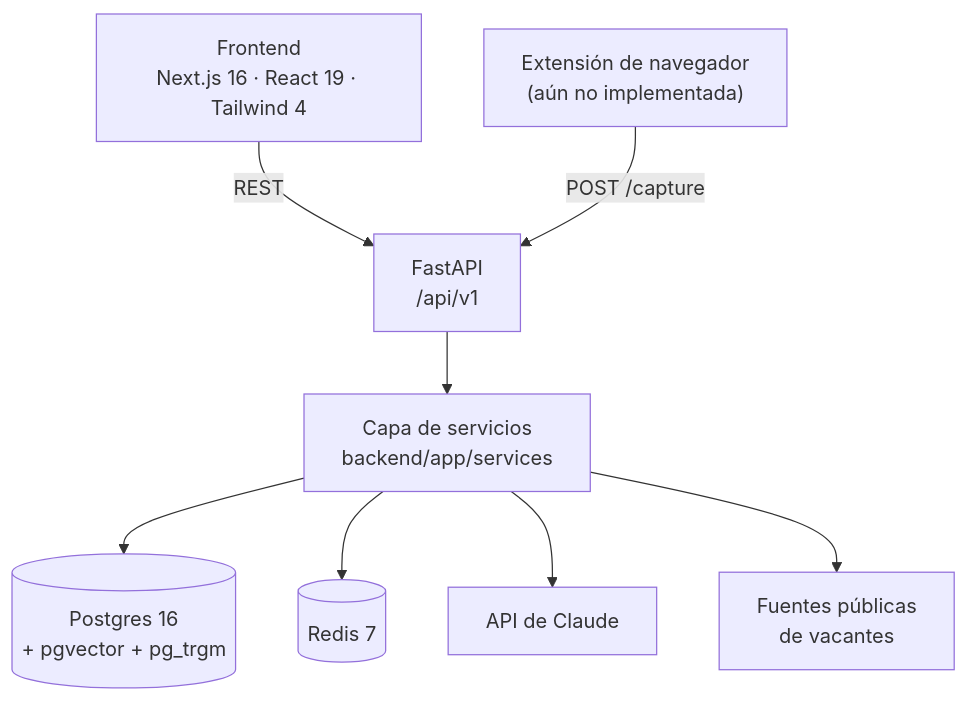
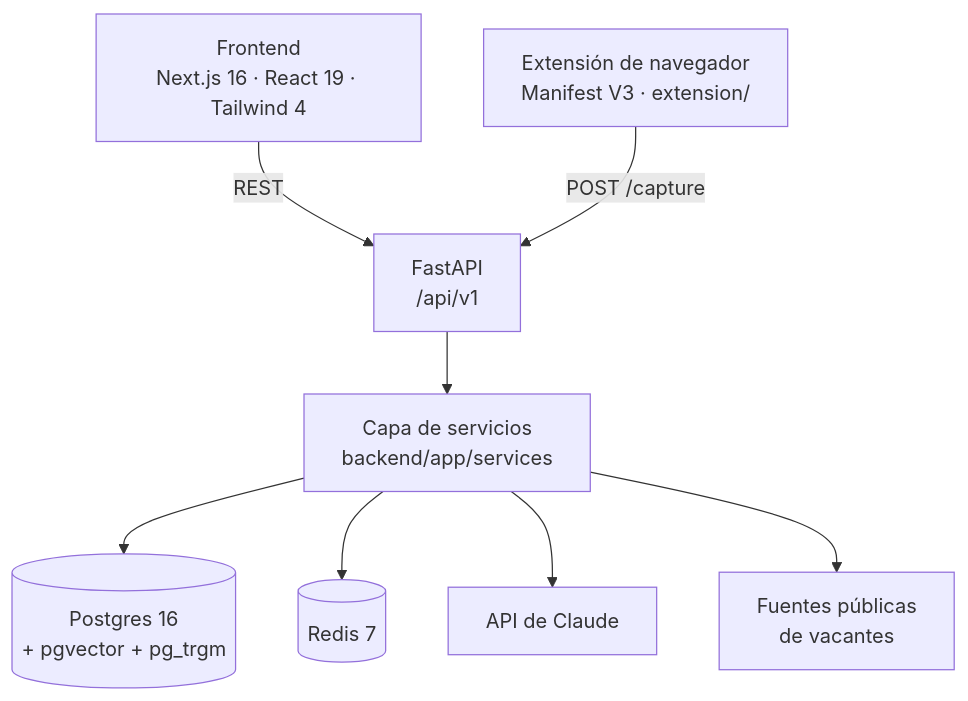
The first of 3 diagrams in docs/arquitectura.md (HaroldVaHe/career-copilot), drawn with Mermaid before and after one commit. The commit also changed other lines of this file and 29 other files, not shown here.

First line of the commit message:
Frontend completo, extensión de navegador y primeros tests

````diff
--- a/docs/arquitectura.md
+++ b/docs/arquitectura.md
@@ -7,19 +7,19 @@
 ```mermaid
 graph TD
     FE["Frontend<br/>Next.js 16 · React 19 · Tailwind 4"]
-    EXT["Extensión de navegador<br/>(aún no implementada)"]
+    EXT["Extensión de navegador<br/>Manifest V3 · extension/"]
     API["FastAPI<br/>/api/v1"]
     SVC["Capa de servicios<br/>backend/app/services"]
     PG[("Postgres 16<br/>+ pgvector + pg_trgm")]
     RD[("Redis 7")]
     CL["API de Claude"]
     SRC["Fuentes públicas<br/>de vacantes"]
 
     FE -->|REST| API
     EXT -->|POST /capture| API
     API --> SVC
     SVC --> PG
     SVC --> RD
     SVC --> CL
     SVC --> SRC
 ```
````
